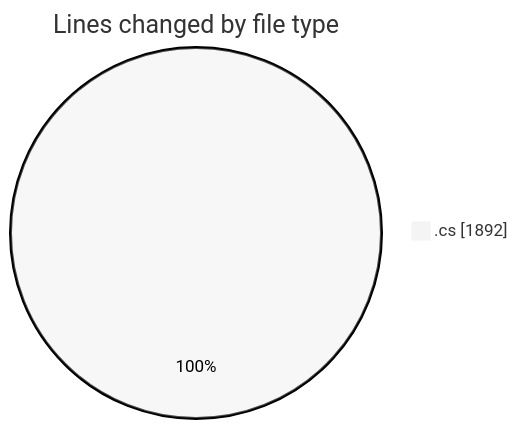
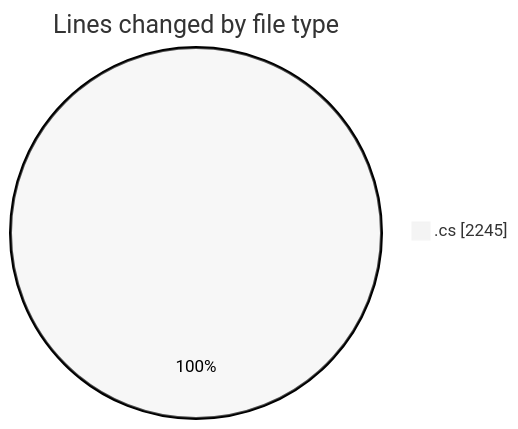
One commit to Netris89/code-tracking changed the first of 2 diagrams in 2025-04-01/back-end/README.md. Above: the diagram before and after it, drawn with Mermaid (neutral theme). The commit also changed other lines of this file and 1 other file, not shown here.

````diff
--- a/2025-04-01/back-end/README.md
+++ b/2025-04-01/back-end/README.md
@@ -29,5 +30,5 @@
 ```mermaid
 pie showData
 title Lines changed by file type
-".cs" : 1892
+".cs" : 2245
 ```
````
